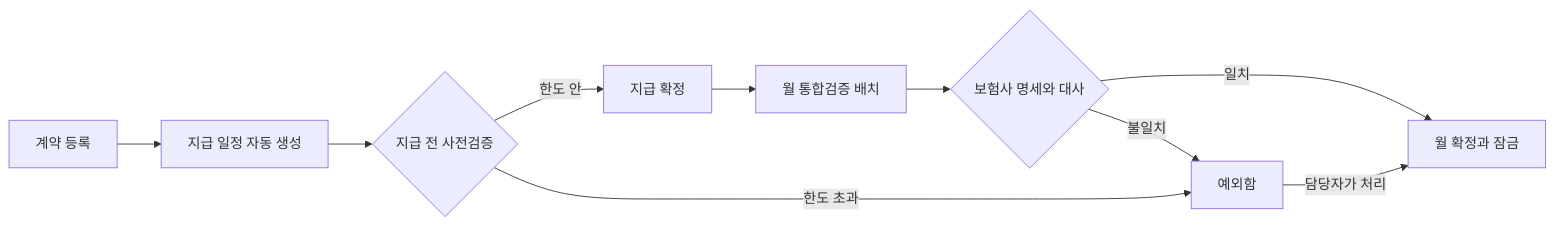
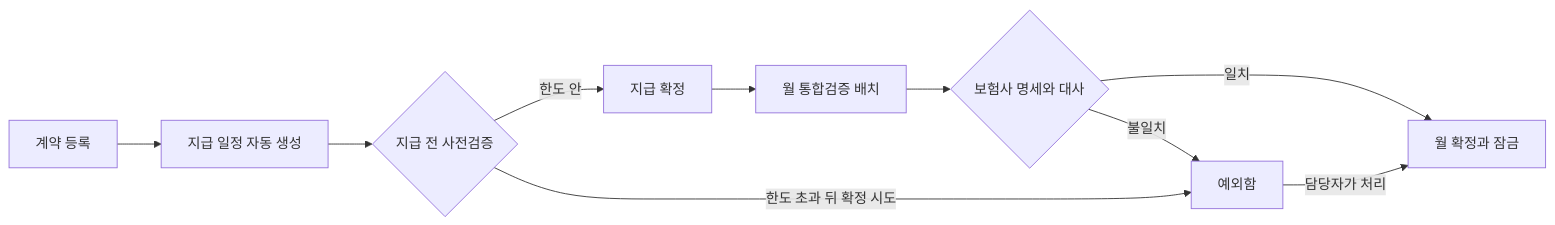
The diagram in README.md (feegachu/fgc), drawn with Mermaid before and after one commit. The commit also changed other lines of this file, not shown here.

````diff
--- a/README.md
+++ b/README.md
@@ -60,12 +60,12 @@
 ```mermaid
 flowchart LR
   A[계약 등록] --> B[지급 일정 자동 생성]
   B --> C{지급 전 사전검증}
   C -- 한도 안 --> D[지급 확정]
-  C -- 한도 초과 --> X[예외함]
+  C -- 한도 초과 뒤 확정 시도 --> X[예외함]
   D --> E[월 통합검증 배치]
   E --> F{보험사 명세와 대사}
   F -- 일치 --> G[월 확정과 잠금]
   F -- 불일치 --> X
   X -- 담당자가 처리 --> G
 ```
````
